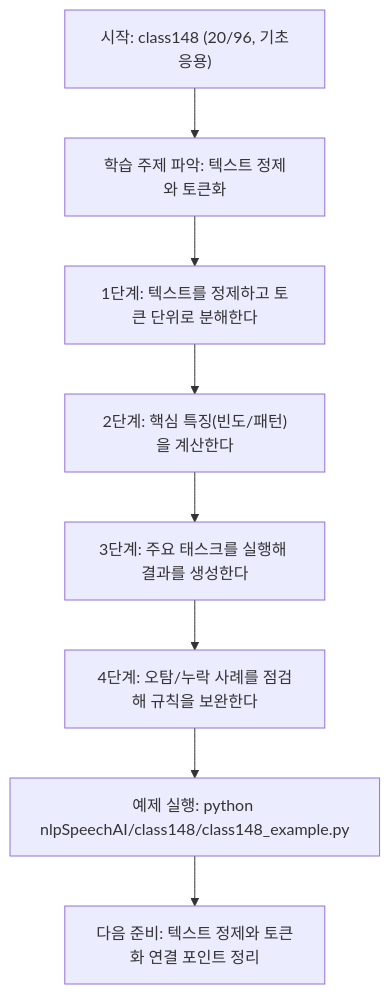
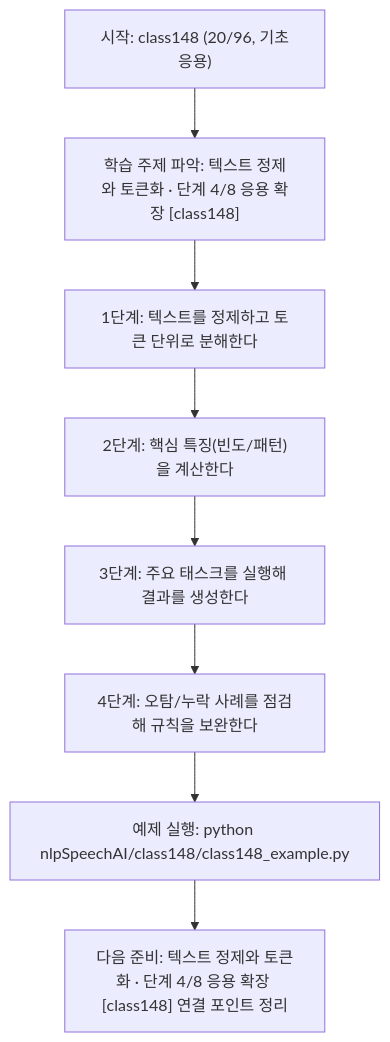
Before and after one commit to edumgt/Python-AI_Agent-Class: the diagram in nlpSpeechAI/class148/class148.md, drawn with Mermaid. The commit also changed other lines of this file and 522 other files, not shown here.

````diff
--- a/nlpSpeechAI/class148/class148.md
+++ b/nlpSpeechAI/class148/class148.md
@@ -113,18 +114,18 @@
 ```mermaid
 flowchart TD
 N1["시작: class148 (20/96, 기초응용)"]
-N2["학습 주제 파악: 텍스트 정제와 토큰화"]
+N2["학습 주제 파악: 텍스트 정제와 토큰화 · 단계 4/8 응용 확장 [class148]"]
 N3["1단계: 텍스트를 정제하고 토큰 단위로 분해한다"]
 N4["2단계: 핵심 특징(빈도/패턴)을 계산한다"]
 N5["3단계: 주요 태스크를 실행해 결과를 생성한다"]
 N6["4단계: 오탐/누락 사례를 점검해 규칙을 보완한다"]
 N7["예제 실행: python nlpSpeechAI/class148/class148_example.py"]
-N8["다음 준비: 텍스트 정제와 토큰화 연결 포인트 정리"]
+N8["다음 준비: 텍스트 정제와 토큰화 · 단계 4/8 응용 확장 [class148] 연결 포인트 정리"]
 N1 --> N2
 N2 --> N3
 N3 --> N4
 N4 --> N5
 N5 --> N6
 N6 --> N7
 N7 --> N8
 ```
````
